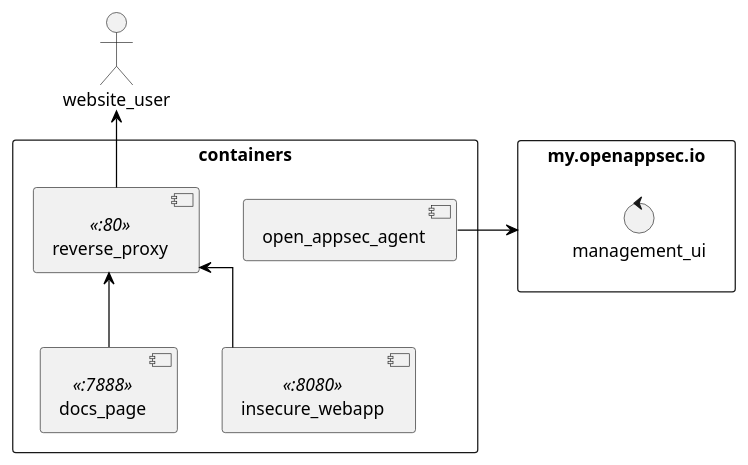
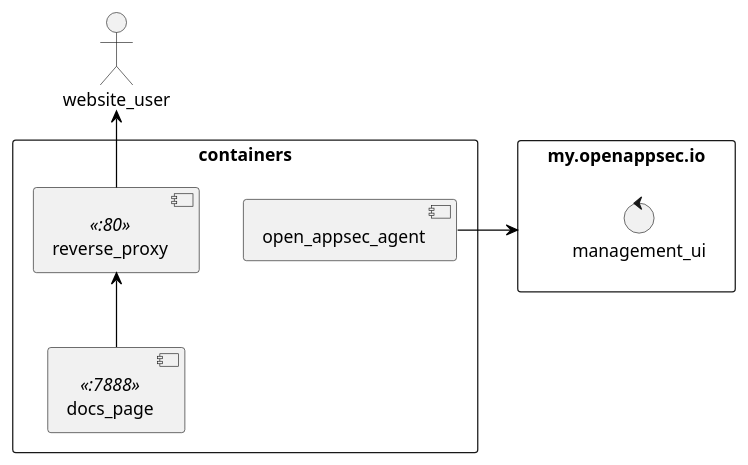
The diagram in docs/modules/ROOT/assets/images/bash-docs/whitebox.puml (sebastian-sommerfeld-io/open-appsec-poc), drawn with PlantUML before and after one commit. The commit also changed 2 other files, not shown here.

```diff
--- a/docs/modules/ROOT/assets/images/bash-docs/whitebox.puml
+++ b/docs/modules/ROOT/assets/images/bash-docs/whitebox.puml
@@ -1,34 +1,32 @@
 @startuml monitoring
 
 skinparam linetype ortho
 skinparam monochrome false
 skinparam componentStyle uml2
 skinparam backgroundColor #fff
 skinparam ArrowColor black
 skinparam NoteBorderColor Grey
 skinparam NoteBackgroundColor #fdfdfd
 skinparam defaultTextAlignment center
 skinparam activity {
 FontName Ubuntu
 }
 
 rectangle containers {
   component reverse_proxy <<:80>>
   component docs_page <<:7888>>
-  component insecure_webapp <<:8080>>
   component open_appsec_agent
   
-  insecure_webapp -up-> reverse_proxy
   docs_page -up-> reverse_proxy
 }
 
 rectangle my_openappsec_io as "my.openappsec.io" {
   control management_ui
 }
 
 actor website_user
 reverse_proxy -up-> website_user
 
 open_appsec_agent -right-> my_openappsec_io
 
 @enduml
```
